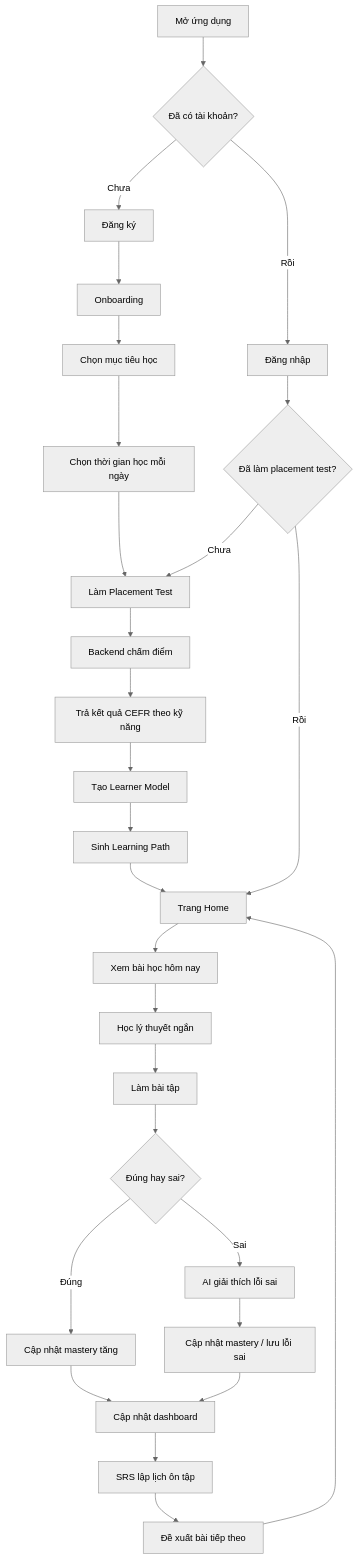
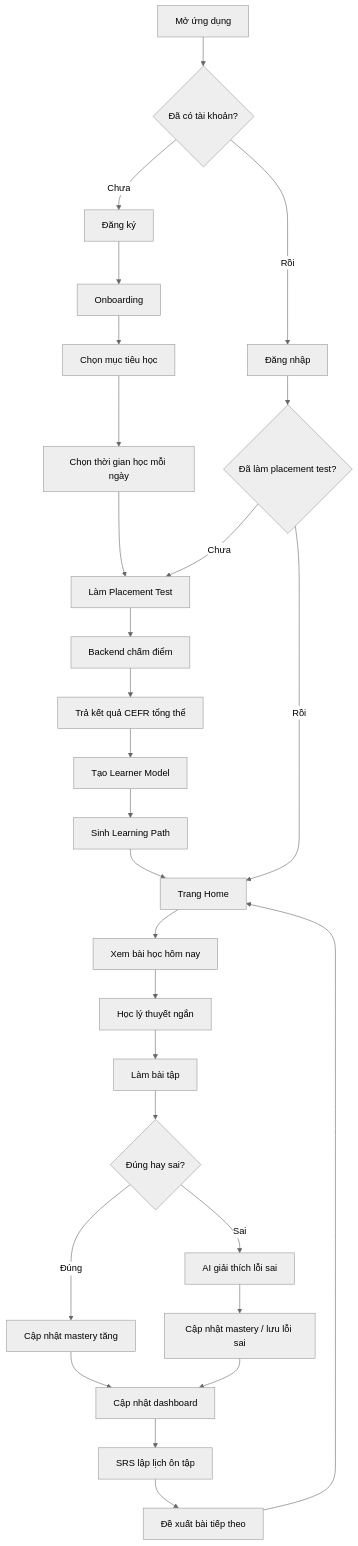
One commit to Anroiy123/LingoRoad changed the second of 14 diagrams in MVP_architecture.md. Above: the diagram before and after it, drawn with Mermaid (neutral theme). The commit also changed other lines of this file and 16 other files, not shown here.

````diff
--- a/MVP_architecture.md
+++ b/MVP_architecture.md
@@ -133,32 +156,32 @@
 ```mermaid
 flowchart TD
     A[Mở ứng dụng] --> B{Đã có tài khoản?}
     B -->|Chưa| C[Đăng ký]
     B -->|Rồi| D[Đăng nhập]
     C --> E[Onboarding]
     D --> F{Đã làm placement test?}
     E --> G[Chọn mục tiêu học]
     G --> H[Chọn thời gian học mỗi ngày]
     H --> I[Làm Placement Test]
     F -->|Chưa| I
     F -->|Rồi| J[Trang Home]
 
     I --> K[Backend chấm điểm]
-    K --> L[Trả kết quả CEFR theo kỹ năng]
+    K --> L[Trả kết quả CEFR tổng thể]
     L --> M[Tạo Learner Model]
     M --> N[Sinh Learning Path]
     N --> J
 
     J --> O[Xem bài học hôm nay]
     O --> P[Học lý thuyết ngắn]
     P --> Q[Làm bài tập]
     Q --> R{Đúng hay sai?}
     R -->|Đúng| S[Cập nhật mastery tăng]
     R -->|Sai| T[AI giải thích lỗi sai]
     T --> U[Cập nhật mastery / lưu lỗi sai]
     S --> V[Cập nhật dashboard]
     U --> V
     V --> W[SRS lập lịch ôn tập]
     W --> X[Đề xuất bài tiếp theo]
     X --> J
 ```
````
